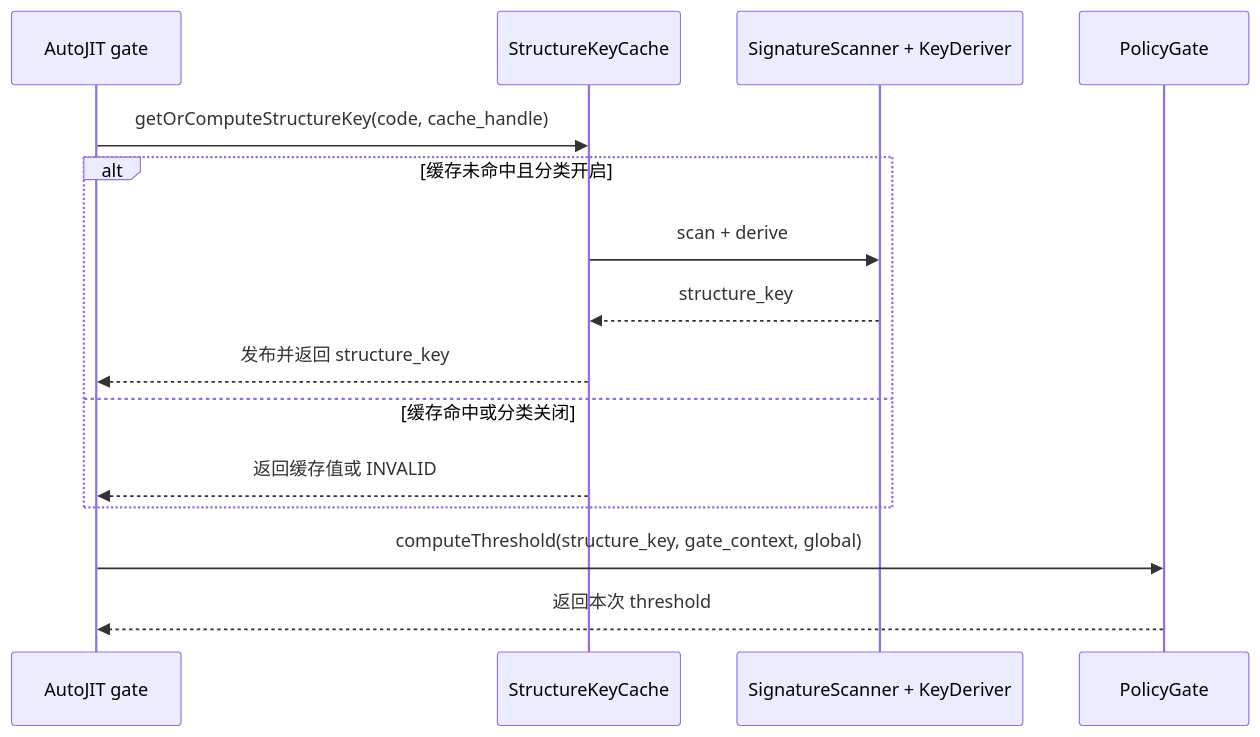
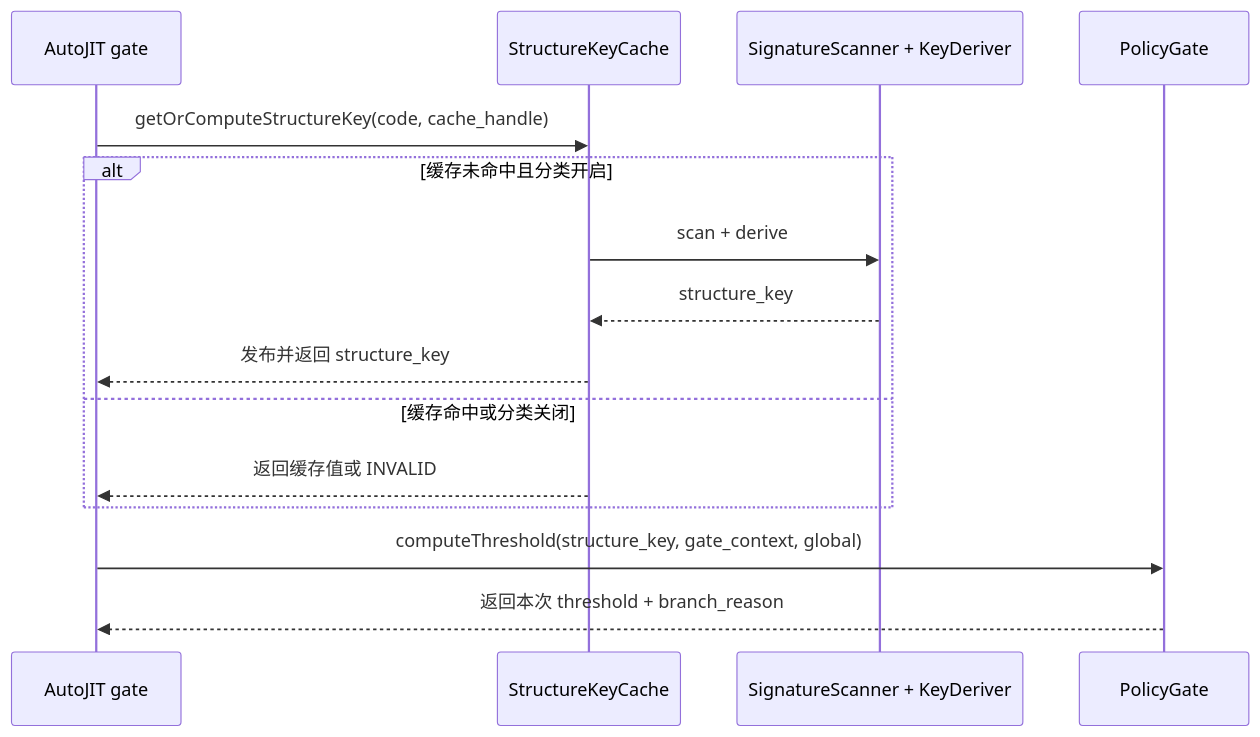
The seventh of 8 diagrams in docs/design/autojit-behavior-classification/【功能设计】AutoJIT 行为模式分类.md (Cookie4Cat/cinderx-dev), drawn with Mermaid before and after one commit. The commit also changed other lines of this file and 2 other files, not shown here.

````diff
--- a/docs/design/autojit-behavior-classification/【功能设计】AutoJIT 行为模式分类.md
+++ b/docs/design/autojit-behavior-classification/【功能设计】AutoJIT 行为模式分类.md
@@ -206,18 +295,18 @@
 ```mermaid
 sequenceDiagram
   participant G as AutoJIT gate
   participant K as StructureKeyCache
   participant S as SignatureScanner + KeyDeriver
   participant P as PolicyGate
 
   G->>K: getOrComputeStructureKey(code, cache_handle)
   alt 缓存未命中且分类开启
     K->>S: scan + derive
     S-->>K: structure_key
     K-->>G: 发布并返回 structure_key
   else 缓存命中或分类关闭
     K-->>G: 返回缓存值或 INVALID
   end
   G->>P: computeThreshold(structure_key, gate_context, global)
-  P-->>G: 返回本次 threshold
+  P-->>G: 返回本次 threshold + branch_reason
 ```
````
